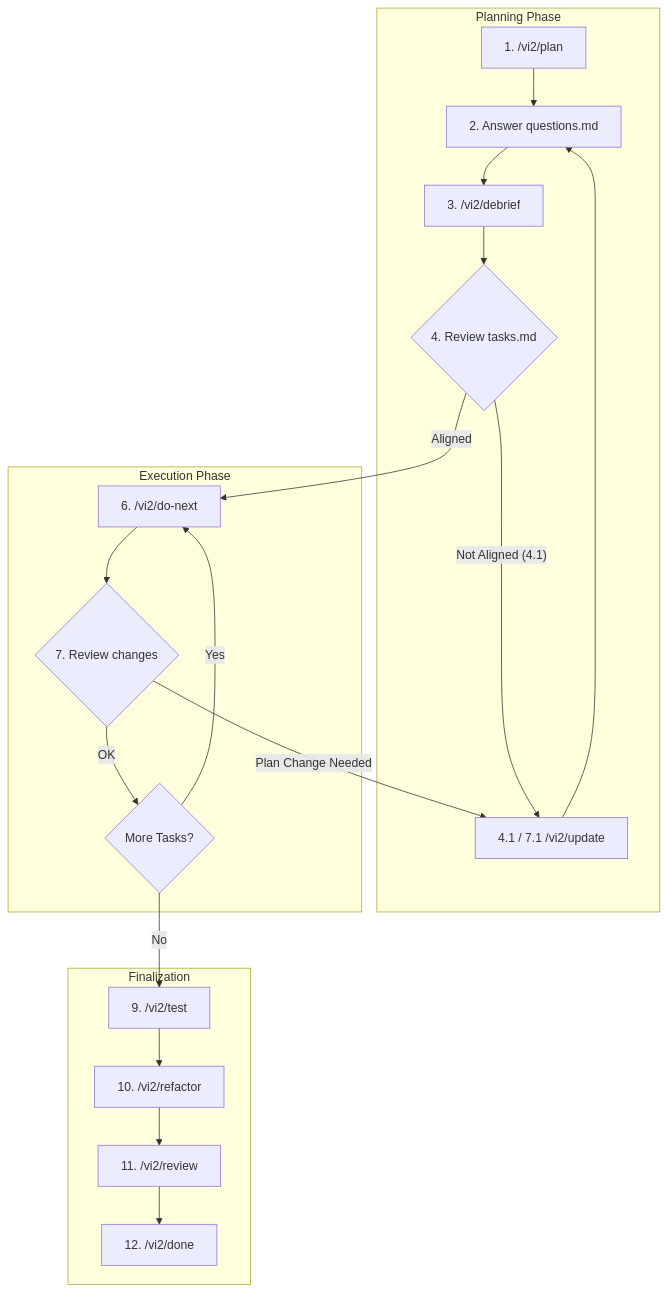
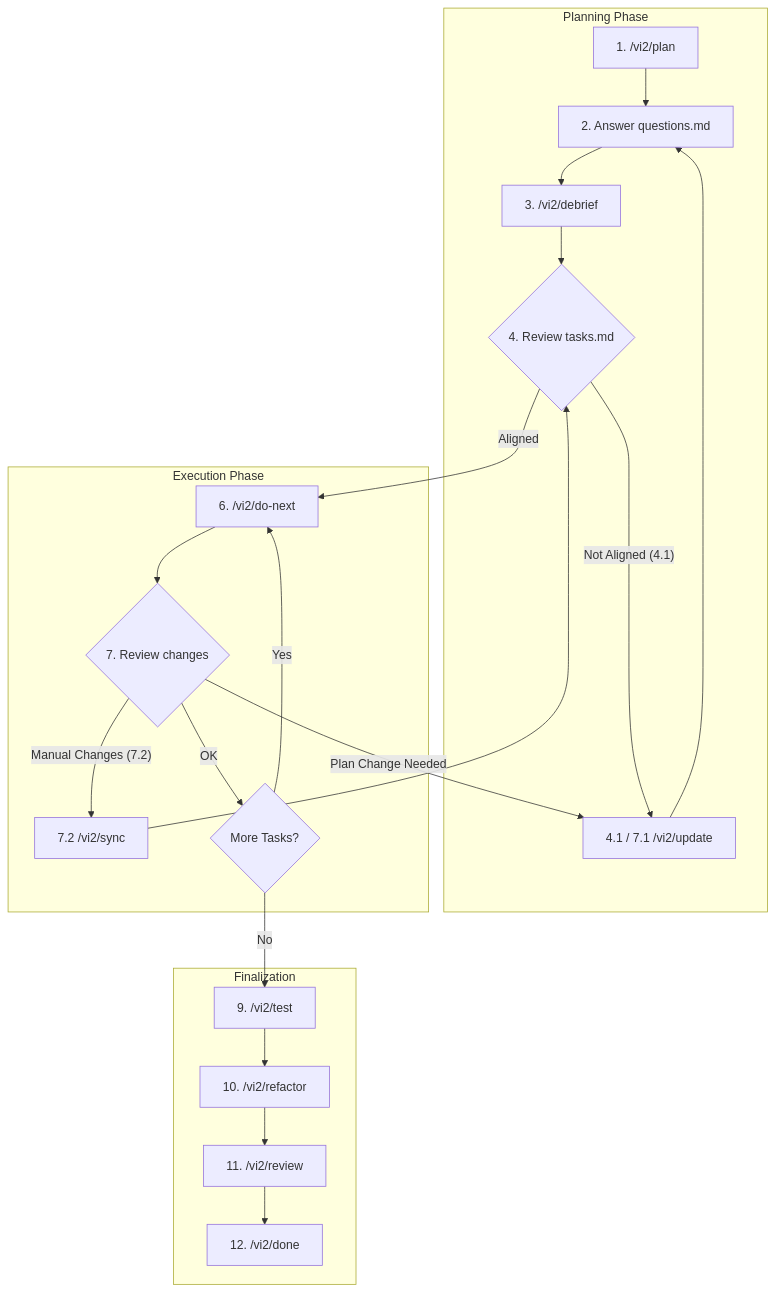
The diagram in README.md (paslavsky/vibe-coding-v2), drawn with Mermaid before and after one commit. The commit also changed other lines of this file and 1 other file, not shown here.

Commit message:
Add `/vi2/sync` command: synchronize artifacts with manual code changes and update documentation

````diff
--- a/README.md
+++ b/README.md
@@ -39,25 +40,27 @@
 ```mermaid
 graph TD
     subgraph "Planning Phase"
         A["1. /vi2/plan"] --> B["2. Answer questions.md"]
         B --> C["3. /vi2/debrief"]
         C --> D{"4. Review tasks.md"}
         D -- "Not Aligned (4.1)" --> E["4.1 / 7.1 /vi2/update"]
         E --> B
     end
 
     subgraph "Execution Phase"
         D -- "Aligned" --> F["6. /vi2/do-next"]
         F --> G{"7. Review changes"}
         G -- "Plan Change Needed" --> E
+        G -- "Manual Changes (7.2)" --> M["7.2 /vi2/sync"]
+        M --> D
         G -- "OK" --> H{More Tasks?}
         H -- "Yes" --> F
     end
 
     subgraph "Finalization"
         H -- "No" --> I["9. /vi2/test"]
         I --> J["10. /vi2/refactor"]
         J --> L["11. /vi2/review"]
         L --> K["12. /vi2/done"]
     end
 ```
````
